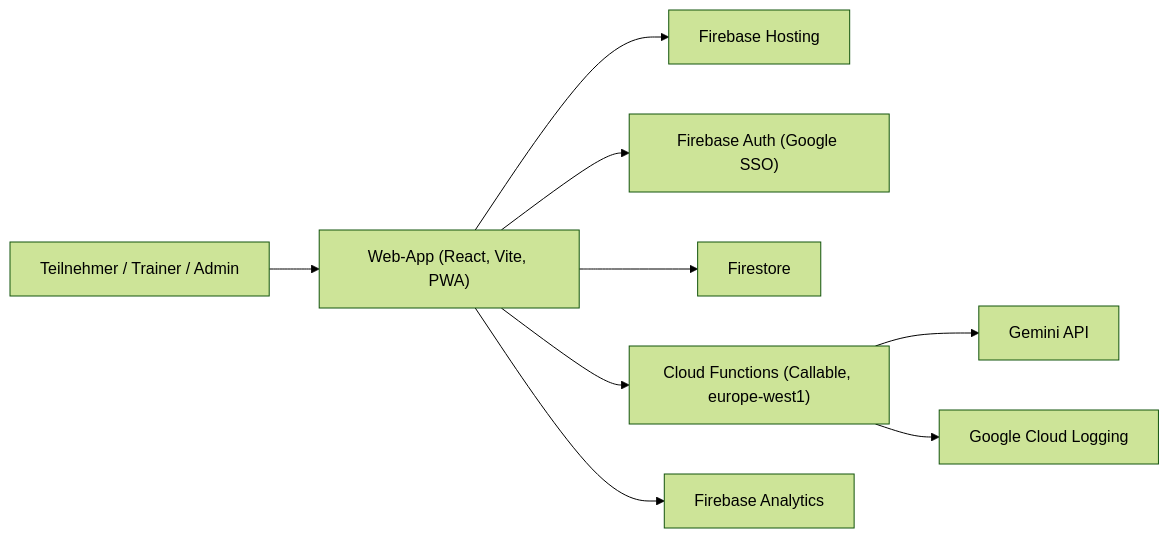
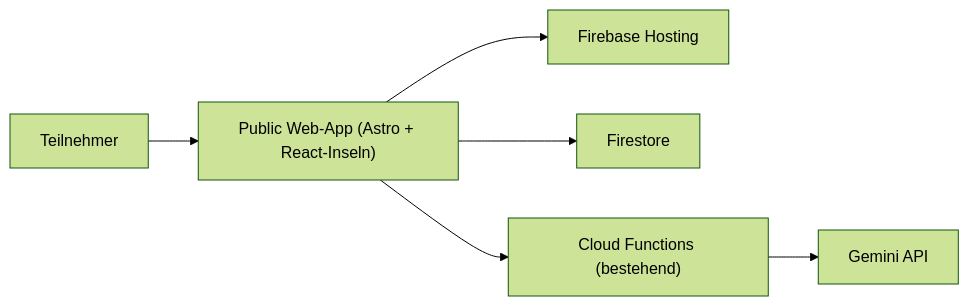
Before and after one commit to WildDragonKing/RehaSport: the diagram in docs/architektur.md, drawn with Mermaid (forest theme). The commit also changed other lines of this file and 104 other files, not shown here.

````diff
--- a/docs/architektur.md
+++ b/docs/architektur.md
@@ -7,11 +7,8 @@
 ```mermaid
 flowchart LR
-  U["Teilnehmer / Trainer / Admin"] --> W["Web-App (React, Vite, PWA)"]
+  U["Teilnehmer"] --> W["Public Web-App (Astro + React-Inseln)"]
   W --> H["Firebase Hosting"]
-  W --> A["Firebase Auth (Google SSO)"]
   W --> F["Firestore"]
-  W --> C["Cloud Functions (Callable, europe-west1)"]
+  W --> C["Cloud Functions (bestehend)"]
   C --> G["Gemini API"]
-  W --> GA["Firebase Analytics"]
-  C --> L["Google Cloud Logging"]
 ```
````
